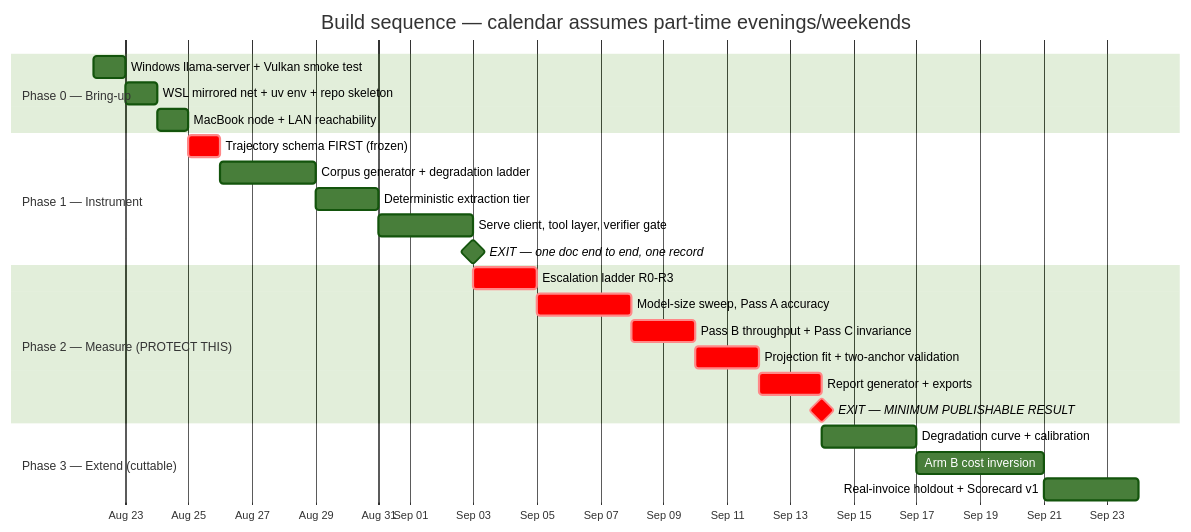
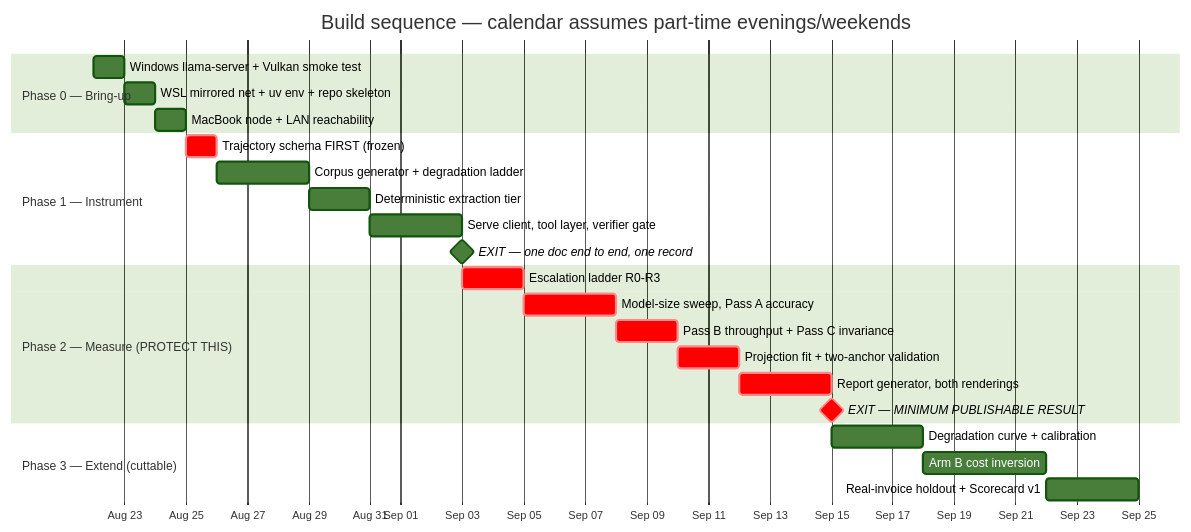
Before and after one commit to AllenHoem/coastal-ai-synthesis: the eighth of 9 diagrams in docs/architecture.md, drawn with Mermaid (forest theme). The commit also changed other lines of this file and 8 other files, not shown here.

````diff
--- a/docs/architecture.md
+++ b/docs/architecture.md
@@ -367,31 +402,31 @@
 ```mermaid
 gantt
     title Build sequence — calendar assumes part-time evenings/weekends
     dateFormat YYYY-MM-DD
     axisFormat %b %d
 
     section Phase 0 — Bring-up
     Windows llama-server + Vulkan smoke test  :p0a, 2026-08-22, 1d
     WSL mirrored net + uv env + repo skeleton :p0b, after p0a, 1d
     MacBook node + LAN reachability           :p0c, after p0b, 1d
 
     section Phase 1 — Instrument
     Trajectory schema FIRST (frozen)          :crit, p1a, after p0c, 1d
     Corpus generator + degradation ladder     :p1b, after p1a, 3d
     Deterministic extraction tier             :p1c, after p1b, 2d
     Serve client, tool layer, verifier gate   :p1d, after p1c, 3d
     EXIT — one doc end to end, one record     :milestone, m1, after p1d, 0d
 
     section Phase 2 — Measure  (PROTECT THIS)
     Escalation ladder R0-R3                   :crit, p2a, after m1, 2d
     Model-size sweep, Pass A accuracy         :crit, p2b, after p2a, 3d
     Pass B throughput + Pass C invariance     :crit, p2c, after p2b, 2d
     Projection fit + two-anchor validation    :crit, p2d, after p2c, 2d
-    Report generator + exports                :crit, p2e, after p2d, 2d
+    Report generator, both renderings         :crit, p2e, after p2d, 3d
     EXIT — MINIMUM PUBLISHABLE RESULT         :milestone, crit, m2, after p2e, 0d
 
     section Phase 3 — Extend (cuttable)
     Degradation curve + calibration           :p3a, after m2, 3d
     Arm B cost inversion                      :p3b, after p3a, 4d
     Real-invoice holdout + Scorecard v1       :p3c, after p3b, 3d
 ```
````
